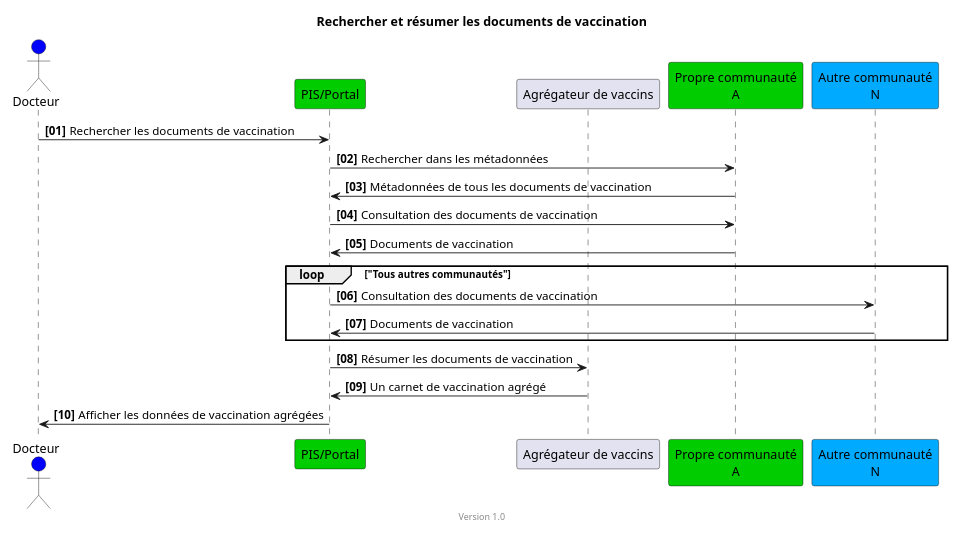
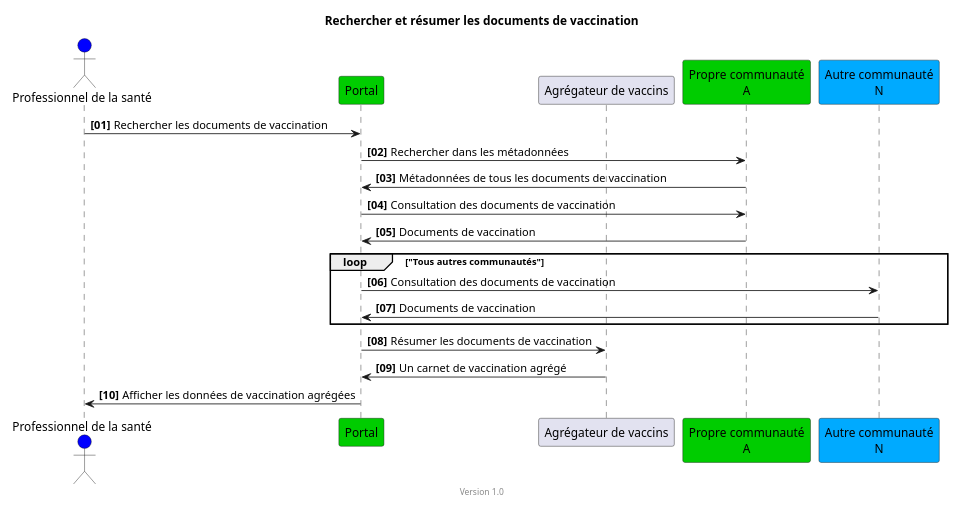
Before and after one commit to hl7ch/ch-vacd: the diagram in input/images-source/epd-find-all-vaccination-docs-simple-fr.plantuml, drawn with PlantUML. The commit also changed 12 other files, not shown here.

```diff
--- a/input/images-source/epd-find-all-vaccination-docs-simple-fr.plantuml
+++ b/input/images-source/epd-find-all-vaccination-docs-simple-fr.plantuml
@@ -1,32 +1,32 @@
 @startuml
 title Rechercher et résumer les documents de vaccination
 footer Version 1.0
 skinparam responseMessageBelowArrow true
 scale max 800 width
 
-actor Docteur #blue
-participant "PIS/Portal" #00CC00
+actor "Professionnel de la santé" AS Docteur #blue
+participant "Portal" #00CC00
 participant "Agrégateur de vaccins"
 
 participant "Propre communauté\nA" #00CC00
 
 participant "Autre communauté\nN" #00aaff
 
 
 autonumber "<b>[00]"
-Docteur -> "PIS/Portal": Rechercher les documents de vaccination
-"PIS/Portal" -> "Propre communauté\nA": Rechercher dans les métadonnées
-"Propre communauté\nA" -> "PIS/Portal": Métadonnées de tous les documents de vaccination
-"PIS/Portal" -> "Propre communauté\nA": Consultation des documents de vaccination
-"Propre communauté\nA" -> "PIS/Portal": Documents de vaccination
+Docteur -> "Portal": Rechercher les documents de vaccination
+"Portal" -> "Propre communauté\nA": Rechercher dans les métadonnées
+"Propre communauté\nA" -> "Portal": Métadonnées de tous les documents de vaccination
+"Portal" -> "Propre communauté\nA": Consultation des documents de vaccination
+"Propre communauté\nA" -> "Portal": Documents de vaccination
 
 loop "Tous autres communautés"
-"PIS/Portal" -> "Autre communauté\nN": Consultation des documents de vaccination
-"Autre communauté\nN" -> "PIS/Portal": Documents de vaccination
+"Portal" -> "Autre communauté\nN": Consultation des documents de vaccination
+"Autre communauté\nN" -> "Portal": Documents de vaccination
 end
 
-"PIS/Portal" -> "Agrégateur de vaccins": Résumer les documents de vaccination
-"Agrégateur de vaccins" ->  "PIS/Portal": Un carnet de vaccination agrégé
-"PIS/Portal" -> Docteur: Afficher les données de vaccination agrégées
+"Portal" -> "Agrégateur de vaccins": Résumer les documents de vaccination
+"Agrégateur de vaccins" ->  "Portal": Un carnet de vaccination agrégé
+"Portal" -> Docteur: Afficher les données de vaccination agrégées
 
 @enduml
```
